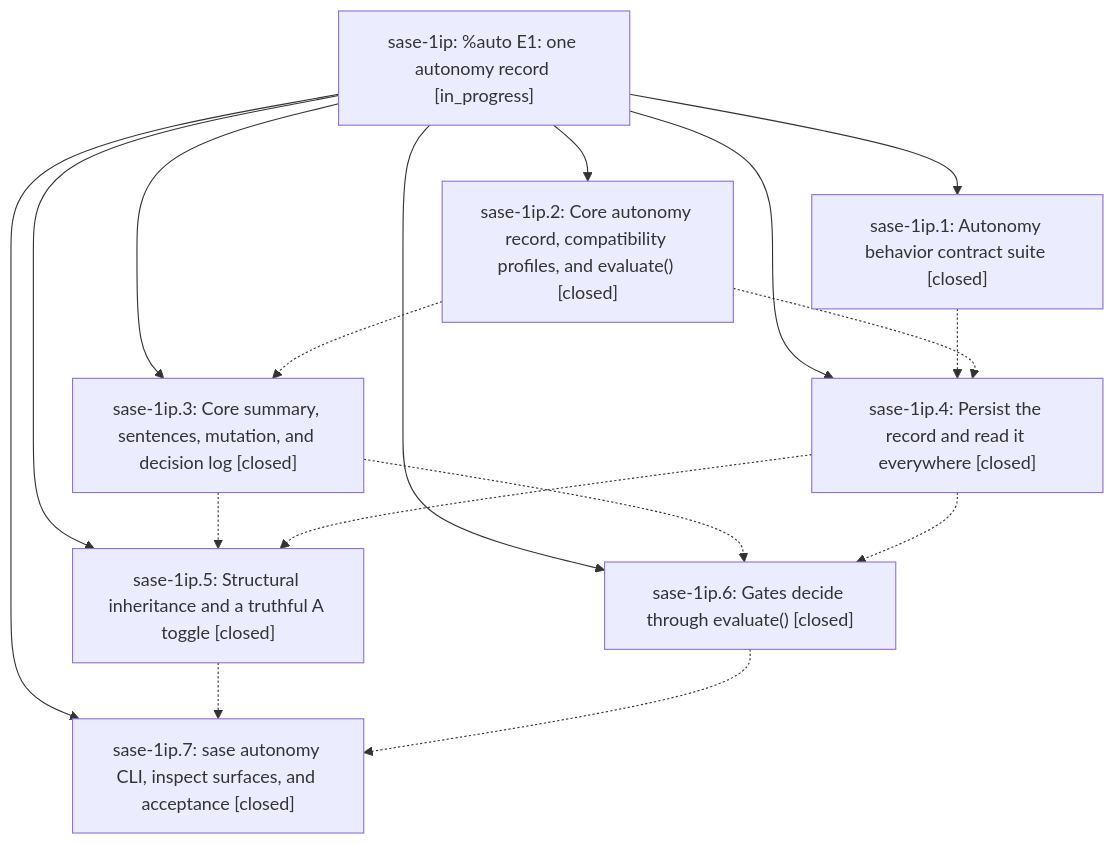
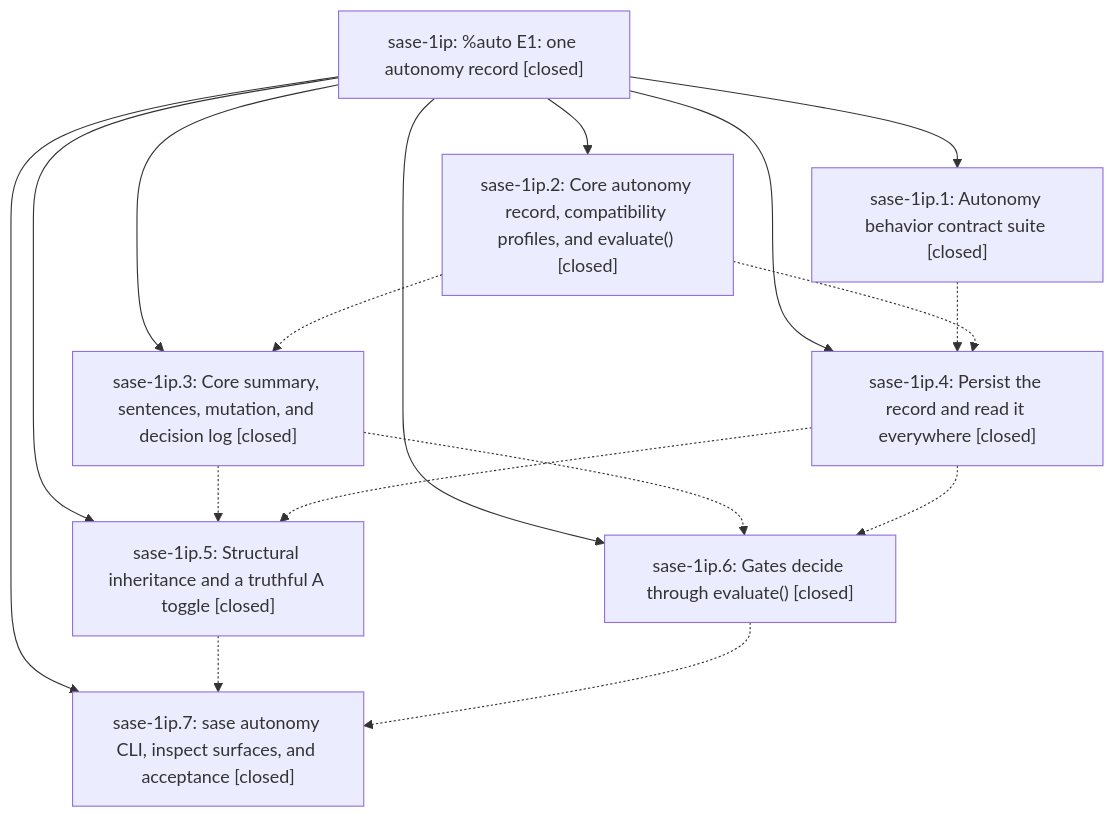
Before and after one commit to sase-org/sase--beads: the diagram in pages/sase-1ip/README.md, drawn with Mermaid. The commit also changed other lines of this file and 1 other file, not shown here.

First line of the commit message:
chore(beads): sync bead state and pages for sase-1ip

````diff
--- a/pages/sase-1ip/README.md
+++ b/pages/sase-1ip/README.md
@@ -46,27 +111,27 @@
 ```mermaid
 flowchart TD
-    n0["sase-1ip: %auto E1: one autonomy record [in_progress]"]
+    n0["sase-1ip: %auto E1: one autonomy record [closed]"]
     n1["sase-1ip.1: Autonomy behavior contract suite [closed]"]
     n2["sase-1ip.2: Core autonomy record, compatibility profiles, and evaluate() [closed]"]
     n3["sase-1ip.3: Core summary, sentences, mutation, and decision log [closed]"]
     n4["sase-1ip.4: Persist the record and read it everywhere [closed]"]
     n5["sase-1ip.5: Structural inheritance and a truthful A toggle [closed]"]
     n6["sase-1ip.6: Gates decide through evaluate() [closed]"]
     n7["sase-1ip.7: sase autonomy CLI, inspect surfaces, and acceptance [closed]"]
     n0 --> n1
     n0 --> n2
     n0 --> n3
     n0 --> n4
     n0 --> n5
     n0 --> n6
     n0 --> n7
     n1 -.-> n4
     n2 -.-> n3
     n2 -.-> n4
     n3 -.-> n5
     n3 -.-> n6
     n4 -.-> n5
     n4 -.-> n6
     n5 -.-> n7
     n6 -.-> n7
 ```
````
